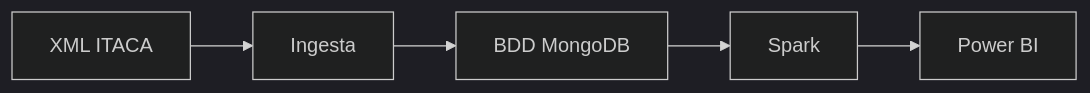
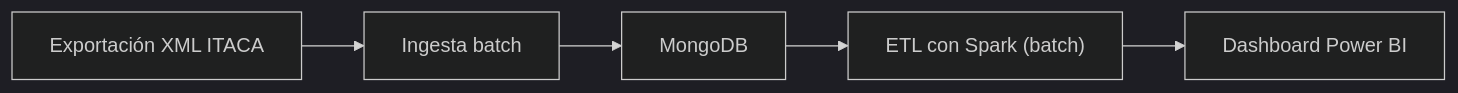
Before and after one commit to CarlosPrades/bigdata-p1-itaca: the diagram in README.md, drawn with Mermaid (dark theme). The commit also changed other lines of this file, not shown here.

````diff
--- a/README.md
+++ b/README.md
@@ -12,8 +15,7 @@
 ```mermaid
 graph LR
-    A[XML ITACA] --> B[Ingesta]
-    B --> C[BDD MongoDB]
-    C --> D[Spark]
-    D --> E[Power BI]
-
+    A["Exportación XML ITACA"] --> B["Ingesta batch"]
+    B --> C["MongoDB"]
+    C --> D["ETL con Spark (batch)"]
+    D --> E["Dashboard Power BI"]
 ```
````
